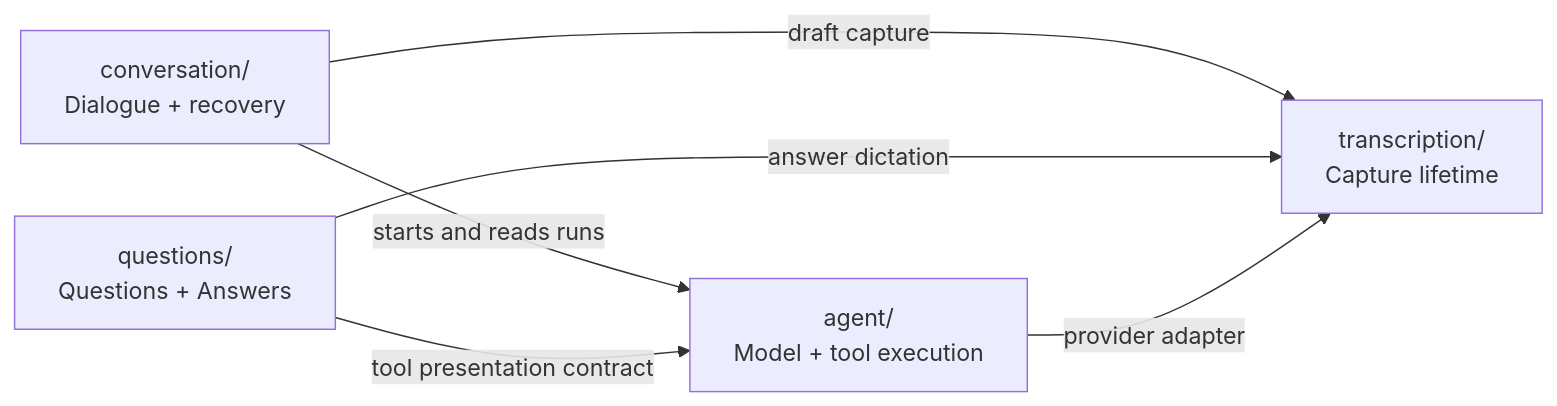
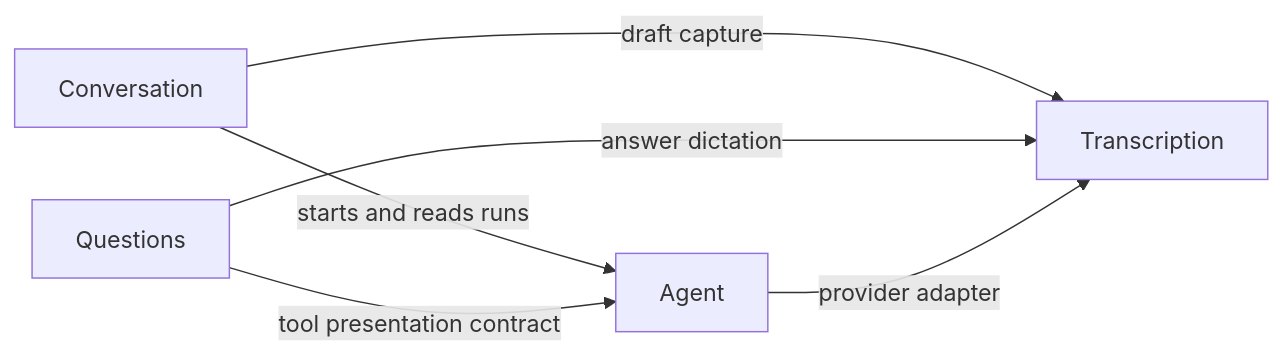
One commit to JimLundin/vaulter changed the third of 4 diagrams in app/README.md. Above: the diagram before and after it, drawn with Mermaid. The commit also changed other lines of this file and 760 other files, not shown here.

````diff
--- a/app/README.md
+++ b/app/README.md
@@ -255,8 +141,8 @@
 ```mermaid
 flowchart LR
-  Conversation["conversation/\nDialogue + recovery"] -->|starts and reads runs| Agent["agent/\nModel + tool execution"]
-  Conversation -->|draft capture| Transcription["transcription/\nCapture lifetime"]
-  Questions["questions/\nQuestions + Answers"] -->|answer dictation| Transcription
+  Conversation -->|starts and reads runs| Agent
+  Conversation -->|draft capture| Transcription
+  Questions -->|answer dictation| Transcription
   Questions -->|tool presentation contract| Agent
   Agent -->|provider adapter| Transcription
 ```
````
